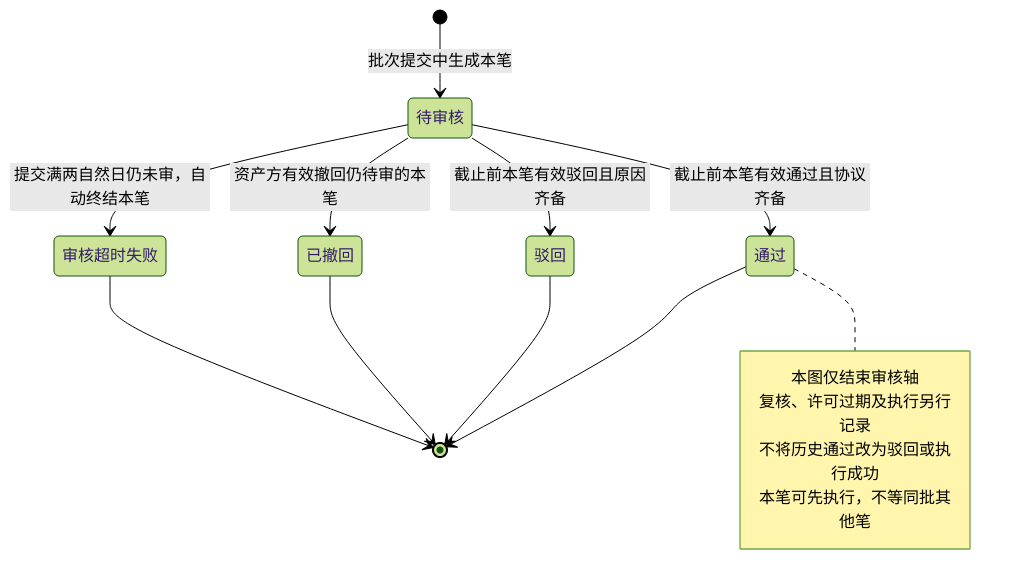
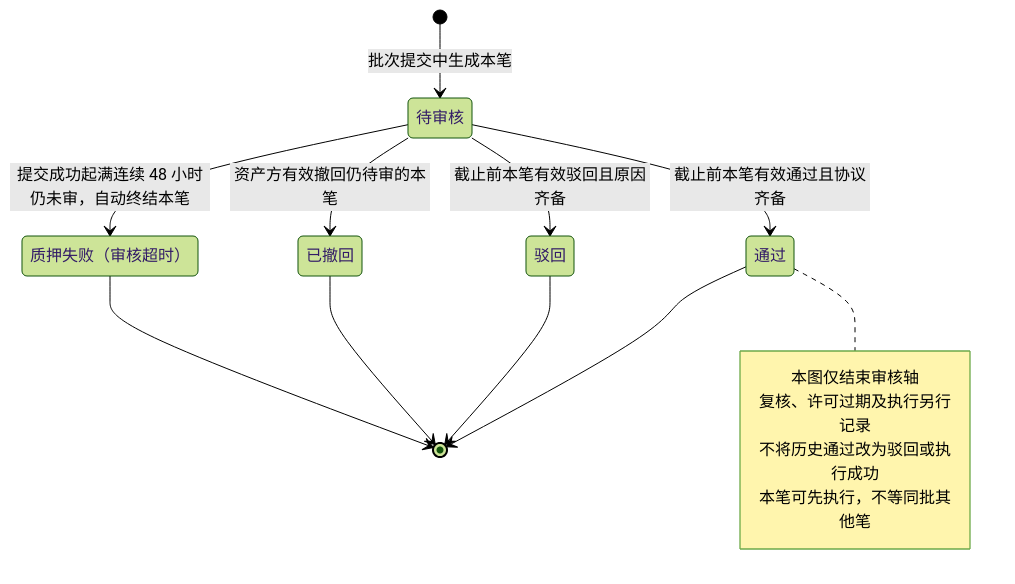
Before and after one commit to wxblockchain/Chain-Financing: the fourth of 5 diagrams in lending-platform/PRD/v1.0-代币质押审核/v1.0-代币质押审核-流程图与状态机.md, drawn with Mermaid (forest theme). The commit also changed other lines of this file and 5 other files, not shown here.

````diff
--- a/lending-platform/PRD/v1.0-代币质押审核/v1.0-代币质押审核-流程图与状态机.md
+++ b/lending-platform/PRD/v1.0-代币质押审核/v1.0-代币质押审核-流程图与状态机.md
@@ -102,23 +99,23 @@
 ```mermaid
 stateDiagram-v2
   state "待审核" as Pending
   state "通过" as Approved
   state "驳回" as Rejected
   state "已撤回" as Withdrawn
-  state "审核超时失败" as Timeout
+  state "质押失败（审核超时）" as Timeout
   [*] --> Pending: 批次提交中生成本笔
   Pending --> Approved: 截止前本笔有效通过且协议齐备
   Pending --> Rejected: 截止前本笔有效驳回且原因齐备
   Pending --> Withdrawn: 资产方有效撤回仍待审的本笔
-  Pending --> Timeout: 提交满两自然日仍未审，自动终结本笔
+  Pending --> Timeout: 提交成功起满连续 48 小时仍未审，自动终结本笔
   Approved --> [*]
   Rejected --> [*]
   Withdrawn --> [*]
   Timeout --> [*]
   note right of Approved
     本图仅结束审核轴
     复核、许可过期及执行另行记录
     不将历史通过改为驳回或执行成功
     本笔可先执行，不等同批其他笔
   end note
 ```
````
